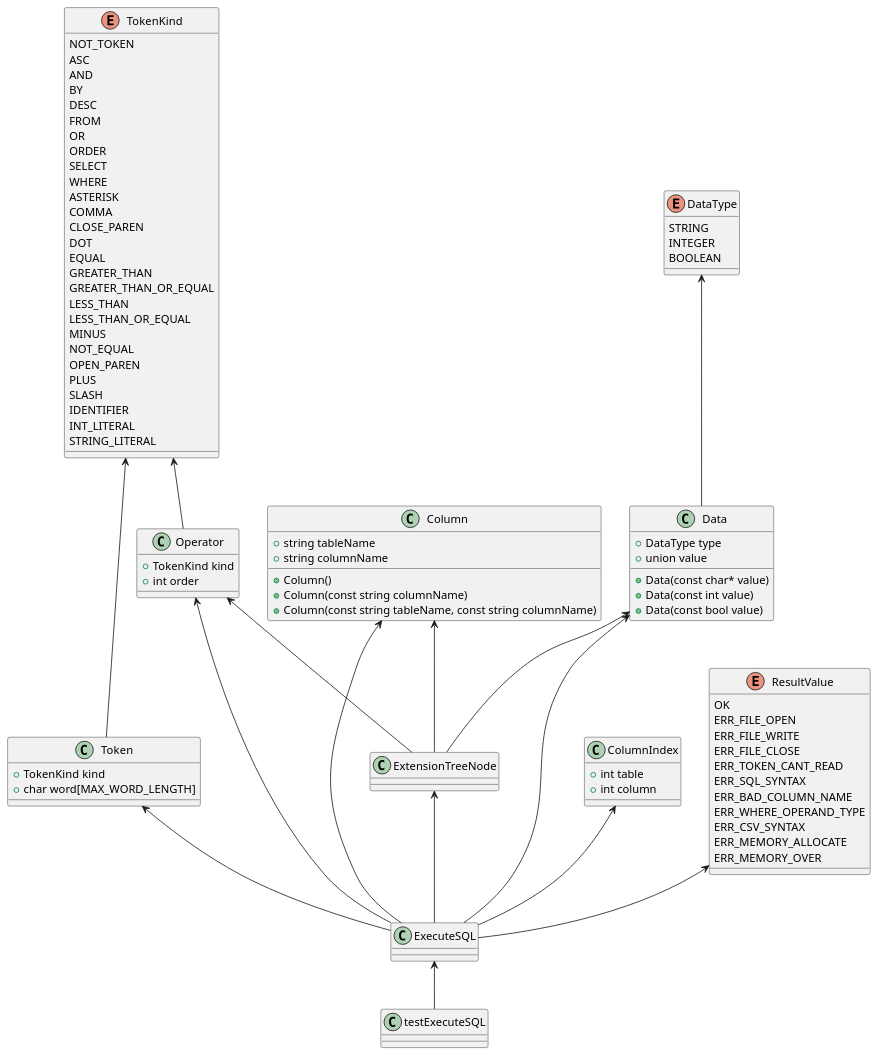
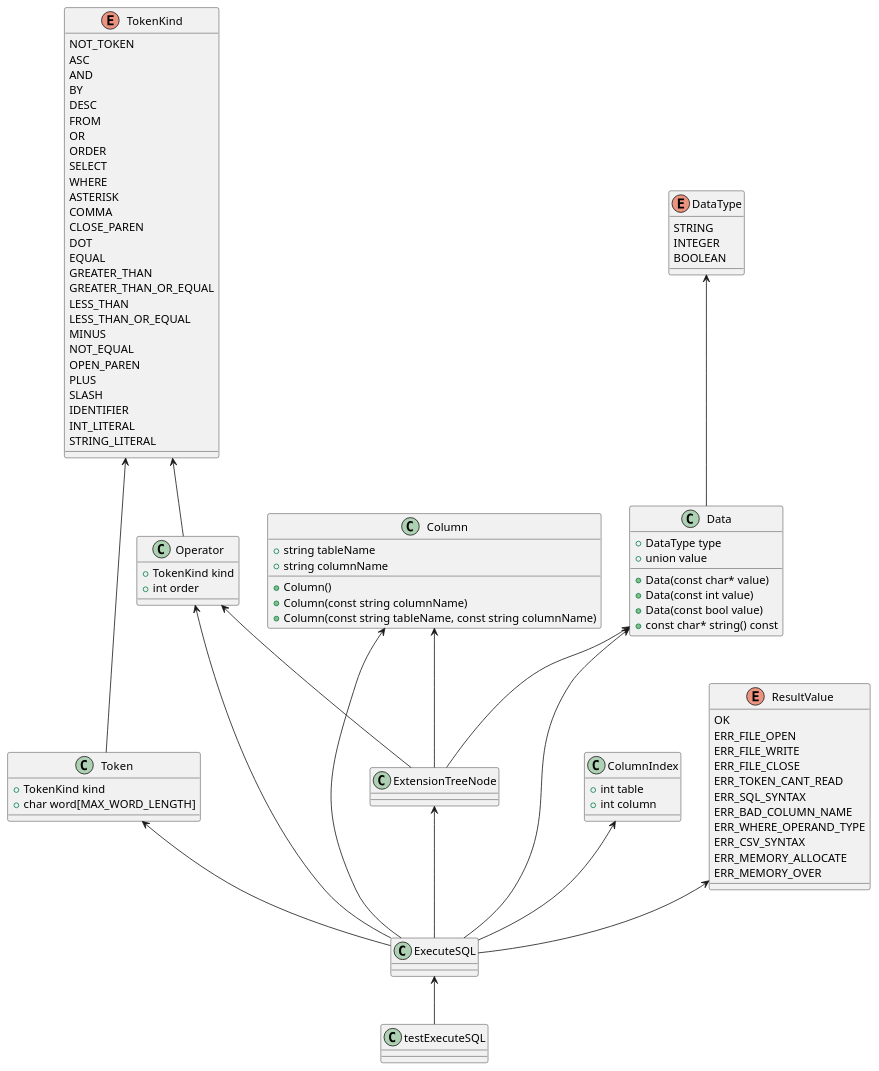
One commit to yotten/TinySQL changed the diagram in ExecuteSQL.pu. Above: the diagram before and after it, drawn with PlantUML. The commit also changed 3 other files, not shown here.

```diff
--- a/ExecuteSQL.pu
+++ b/ExecuteSQL.pu
@@ -1,94 +1,95 @@
 @startuml
 
 class testExecuteSQL {}
 class ExecuteSQL {}
 class Data {
     +DataType type
 	+union value
 	+Data(const char* value)
 	+Data(const int value)
 	+Data(const bool value)
+	+const char* string() const
 }
 class Operator{
     +TokenKind kind
     +int order
 }
 class Token{
     +TokenKind kind
     +char word[MAX_WORD_LENGTH]
 }
 class ExtensionTreeNode{}
 class ColumnIndex{
     +int table
     +int column
 }
 class Column{
     +string tableName
     +string columnName
     +Column()
     +Column(const string columnName)
     +Column(const string tableName, const string columnName)
 }
 enum DataType{
    	STRING
 	INTEGER
 	BOOLEAN
 }
 enum TokenKind{
     NOT_TOKEN
 	ASC
 	AND
 	BY
 	DESC
 	FROM
 	OR
 	ORDER
 	SELECT
 	WHERE
 	ASTERISK
 	COMMA
 	CLOSE_PAREN
 	DOT
 	EQUAL
 	GREATER_THAN
 	GREATER_THAN_OR_EQUAL
 	LESS_THAN
 	LESS_THAN_OR_EQUAL
 	MINUS
 	NOT_EQUAL
 	OPEN_PAREN
 	PLUS
 	SLASH
 	IDENTIFIER
 	INT_LITERAL
 	STRING_LITERAL
 }
 enum ResultValue{
     OK
 	ERR_FILE_OPEN
 	ERR_FILE_WRITE
 	ERR_FILE_CLOSE
 	ERR_TOKEN_CANT_READ
 	ERR_SQL_SYNTAX
 	ERR_BAD_COLUMN_NAME
 	ERR_WHERE_OPERAND_TYPE
 	ERR_CSV_SYNTAX
 	ERR_MEMORY_ALLOCATE
 	ERR_MEMORY_OVER
 }
 
 ExecuteSQL <-- testExecuteSQL
 Data <-- ExecuteSQL
 Operator <-- ExecuteSQL
 Token <-- ExecuteSQL
 ExtensionTreeNode <-- ExecuteSQL
 ColumnIndex <-- ExecuteSQL
 Column <-- ExecuteSQL
 ResultValue <-- ExecuteSQL
 DataType <-- Data
 TokenKind <-- Token
 TokenKind <-- Operator
 Operator <-- ExtensionTreeNode
 Column <-- ExtensionTreeNode
 Data <-- ExtensionTreeNode
 @enduml
```
